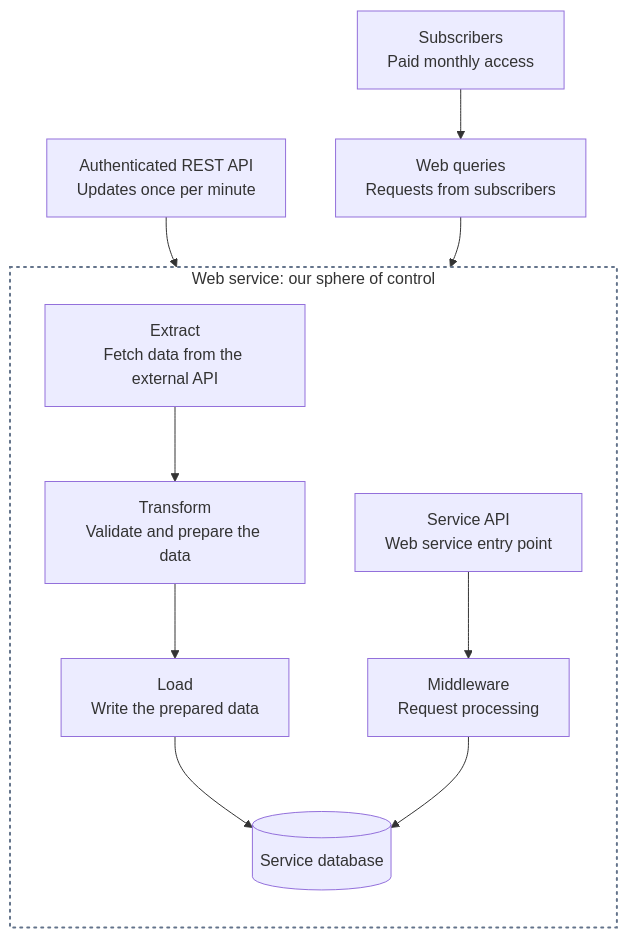
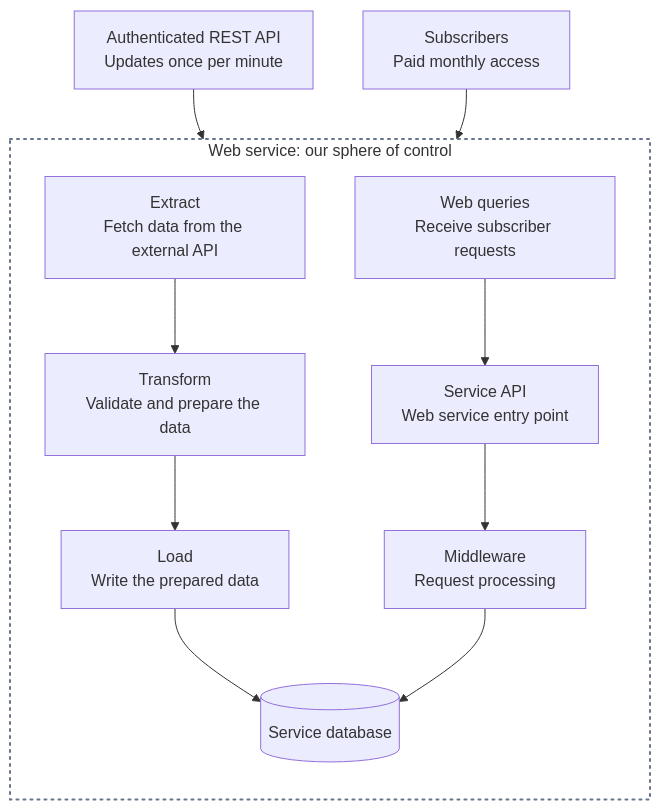
One commit to SixbucksSolutions/web-based-etl-system-design changed the diagram in README.md. Above: the diagram before and after it, drawn with Mermaid. The commit also changed other lines of this file, not shown here.

Commit message:
Align the two flows within the service ownership boundary

````diff
--- a/README.md
+++ b/README.md
@@ -41,30 +41,30 @@
 ```mermaid
 flowchart TB
     upstream["Authenticated REST API<br/>Updates once per minute"]
     users["Subscribers<br/>Paid monthly access"]
-    queries["Web queries<br/>Requests from subscribers"]
 
     subgraph service["Web service: our sphere of control"]
         direction TB
         extract["Extract<br/>Fetch data from the external API"]
+        queries["Web queries<br/>Receive subscriber requests"]
+
+        transform["Transform<br/>Validate and prepare the data"]
         api["Service API<br/>Web service entry point"]
 
-        transform["Transform<br/>Validate and prepare the data"]
+        load["Load<br/>Write the prepared data"]
         middleware["Middleware<br/>Request processing"]
-
-        load["Load<br/>Write the prepared data"]
         db[("Service database")]
 
         extract --> transform
         transform --> load
         load --> db
         api --> middleware
         middleware --> db
     end
 
     upstream --> extract
     users --> queries
     queries --> api
 
     style service fill:transparent,stroke:#64748b,stroke-width:2px,stroke-dasharray:2 5,stroke-linecap:round
 ```
````
